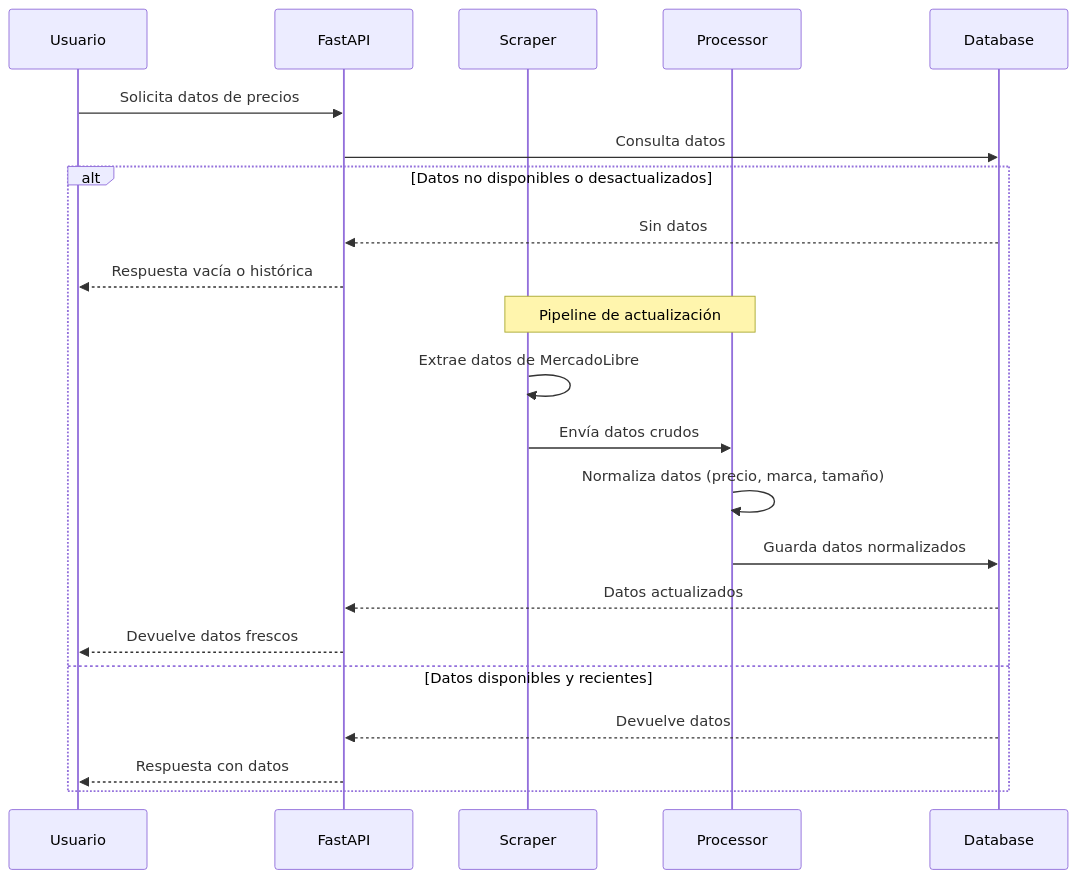
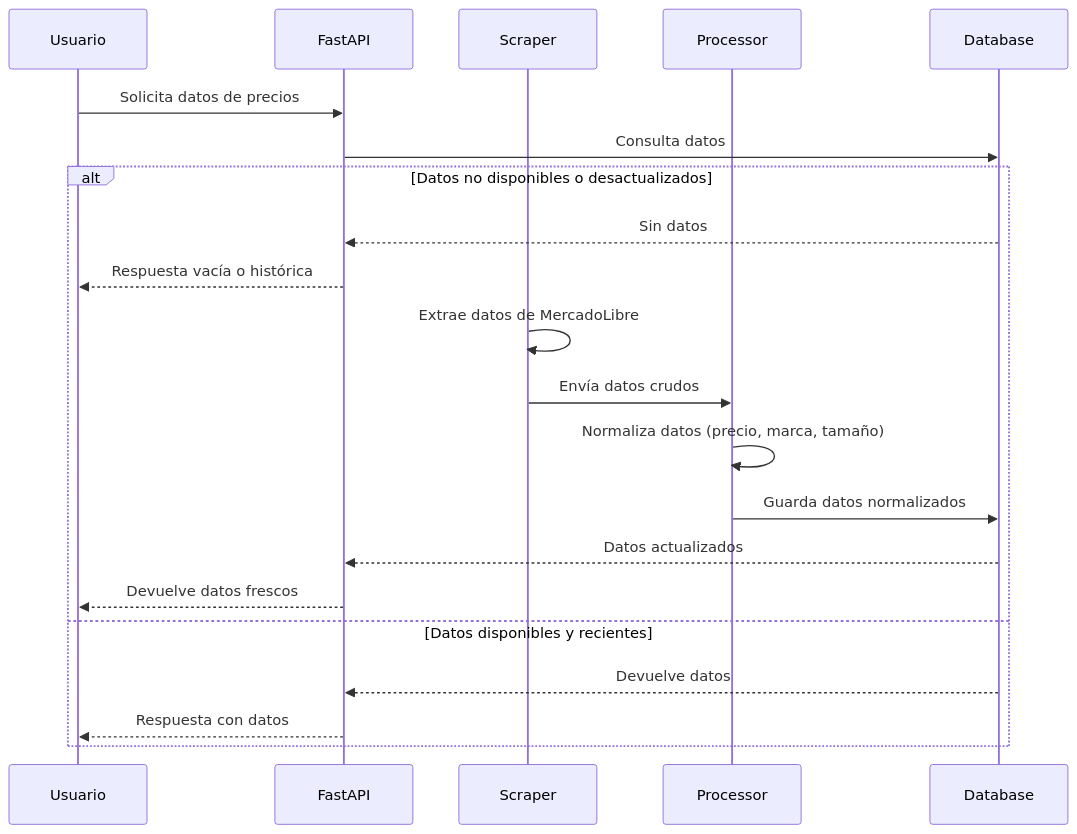
Before and after one commit to gproatechnology/GProA_CHValueGrowth: the second of 2 diagrams in README.md, drawn with Mermaid. The commit also changed other lines of this file, not shown here.

````diff
--- a/README.md
+++ b/README.md
@@ -77,27 +76,25 @@
 ```mermaid
 sequenceDiagram
     participant U as Usuario
     participant API as FastAPI
     participant SC as Scraper
     participant PR as Processor
     participant DB as Database
 
     U->>API: Solicita datos de precios
     API->>DB: Consulta datos
     
     alt Datos no disponibles o desactualizados
         DB-->>API: Sin datos
         API-->>U: Respuesta vacía o histórica
-        
-        Note over SC,PR: Pipeline de actualización
         SC->>SC: Extrae datos de MercadoLibre
         SC->>PR: Envía datos crudos
         PR->>PR: Normaliza datos (precio, marca, tamaño)
         PR->>DB: Guarda datos normalizados
         DB-->>API: Datos actualizados
         API-->>U: Devuelve datos frescos
     else Datos disponibles y recientes
         DB-->>API: Devuelve datos
         API-->>U: Respuesta con datos
     end
 ```
````
